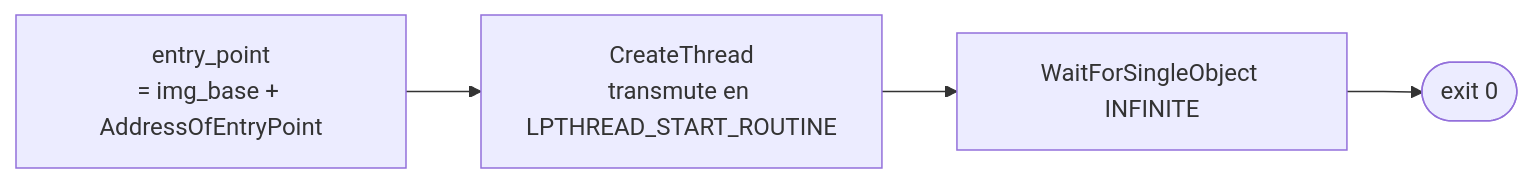
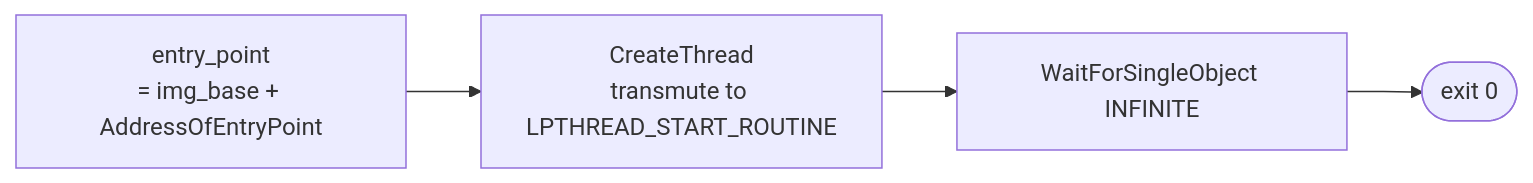
One commit to Xor290/C2-XOR changed diagram 17 of 18 in packer/DOCUMENTATION.md. Above: the diagram before and after it, drawn with Mermaid. The commit also changed other lines of this file, not shown here.

````diff
--- a/packer/DOCUMENTATION.md
+++ b/packer/DOCUMENTATION.md
@@ -296,6 +337,6 @@
 ```mermaid
 flowchart LR
-    A[entry_point\n= img_base + AddressOfEntryPoint] --> B[CreateThread\ntransmute en LPTHREAD_START_ROUTINE]
+    A[entry_point\n= img_base + AddressOfEntryPoint] --> B[CreateThread\ntransmute to LPTHREAD_START_ROUTINE]
     B --> C[WaitForSingleObject INFINITE]
     C --> D([exit 0])
 ```
````
